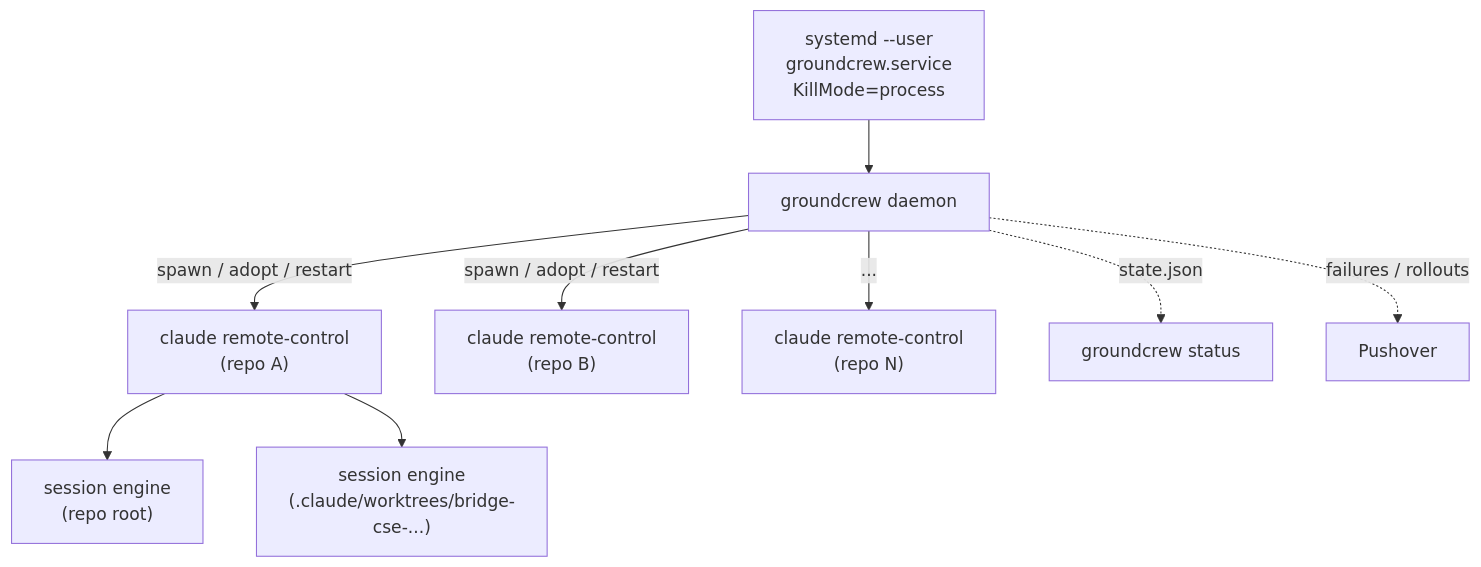
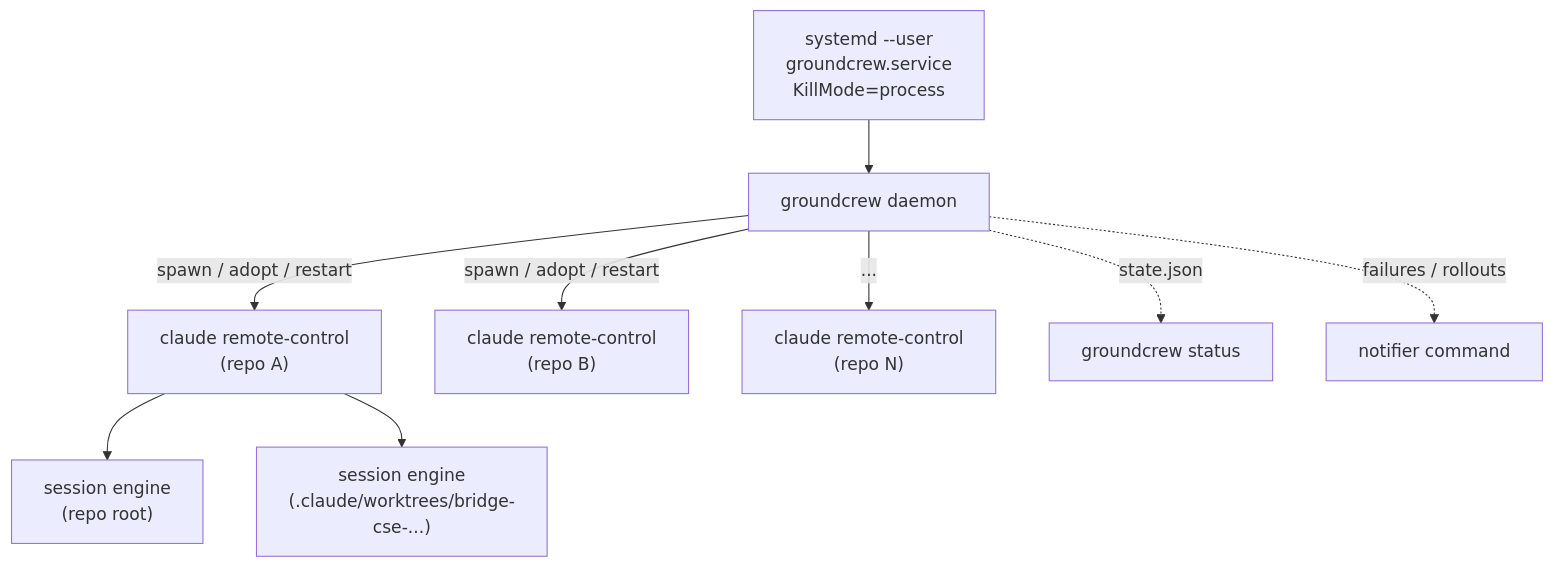
One commit to bojanrajkovic/groundcrew changed the diagram in docs/architecture.md. Above: the diagram before and after it, drawn with Mermaid. The commit also changed other lines of this file and 6 other files, not shown here.

First line of the commit message:
feat(daemon)!: command-only notifier and post-pull hook (#10)

````diff
--- a/docs/architecture.md
+++ b/docs/architecture.md
@@ -3,11 +3,11 @@
 ```mermaid
 flowchart TD
     SD["systemd --user<br/>groundcrew.service<br/>KillMode=process"] --> D["groundcrew daemon"]
     D -->|"spawn / adopt / restart"| S1["claude remote-control<br/>(repo A)"]
     D -->|"spawn / adopt / restart"| S2["claude remote-control<br/>(repo B)"]
     D -->|"..."| SN["claude remote-control<br/>(repo N)"]
     S1 --> E1["session engine<br/>(repo root)"]
     S1 --> E2["session engine<br/>(.claude/worktrees/bridge-cse-...)"]
     D -. "state.json" .-> ST["groundcrew status"]
-    D -. "failures / rollouts" .-> PO["Pushover"]
+    D -. "failures / rollouts" .-> NO["notifier command"]
 ```
````
